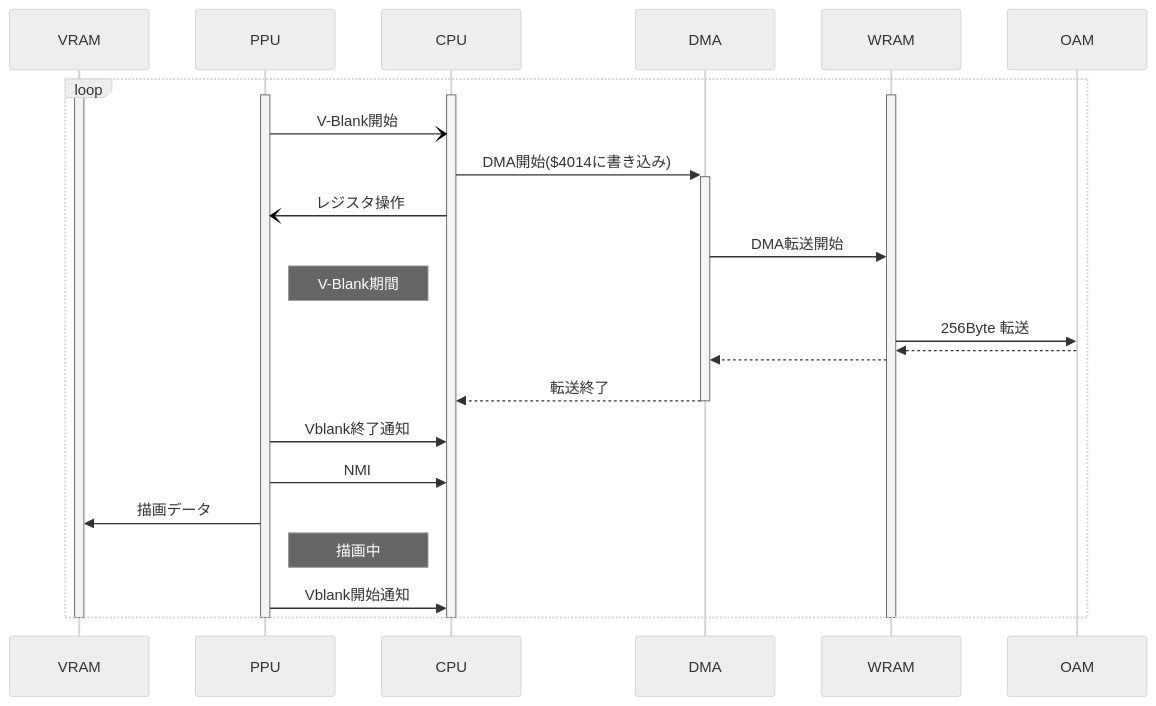
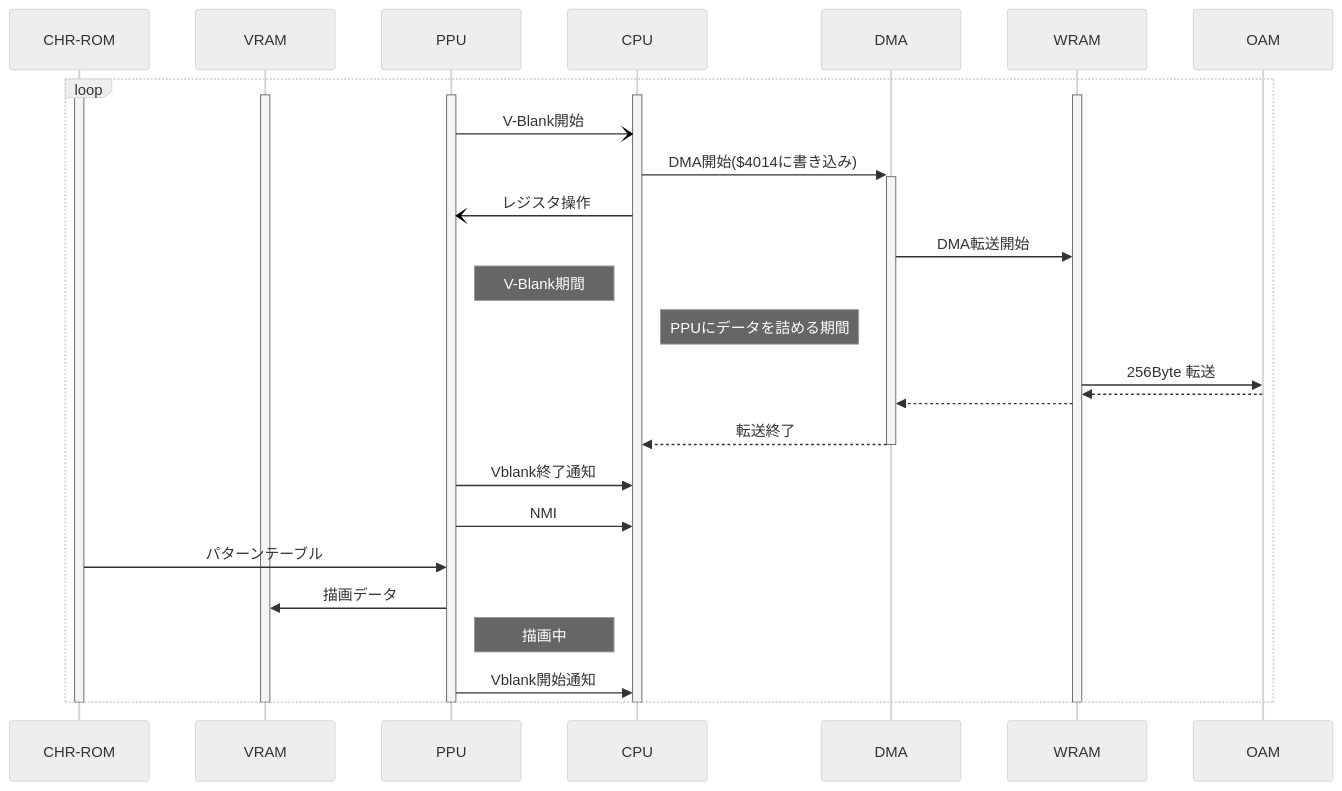
The second of 2 diagrams in README.md (mqy0iInu/rscom), drawn with Mermaid (neutral theme) before and after one commit.

````diff
--- a/README.md
+++ b/README.md
@@ -55,38 +55,43 @@
 ```mermaid
 sequenceDiagram
+    participant CHR-ROM
     participant VRAM
     participant PPU
     participant CPU
     participant DMA
     participant WRAM
     participant OAM
 
     loop
+      activate CHR-ROM
       activate VRAM
       activate PPU
       activate CPU
       activate WRAM
 
       PPU -) CPU: V-Blank開始
       CPU->> +DMA: DMA開始($4014に書き込み)
       CPU-)PPU: レジスタ操作
       DMA->>WRAM: DMA転送開始
       Note right of PPU: V-Blank期間
+      Note right of CPU:PPUにデータを詰める期間
       WRAM->>OAM: 256Byte 転送
       OAM-->>WRAM: 
       WRAM-->>DMA: 
       DMA-->>CPU: 転送終了
       deactivate DMA
 
       PPU->>CPU: Vblank終了通知
       PPU->>CPU: NMI
+      CHR-ROM->>PPU: パターンテーブル
       PPU->>VRAM: 描画データ
       Note right of PPU: 描画中
       PPU->>CPU: Vblank開始通知
     end
 
+    deactivate CHR-ROM
+    deactivate VRAM
     deactivate PPU
     deactivate CPU
     deactivate WRAM
-    deactivate VRAM
 ```
````
